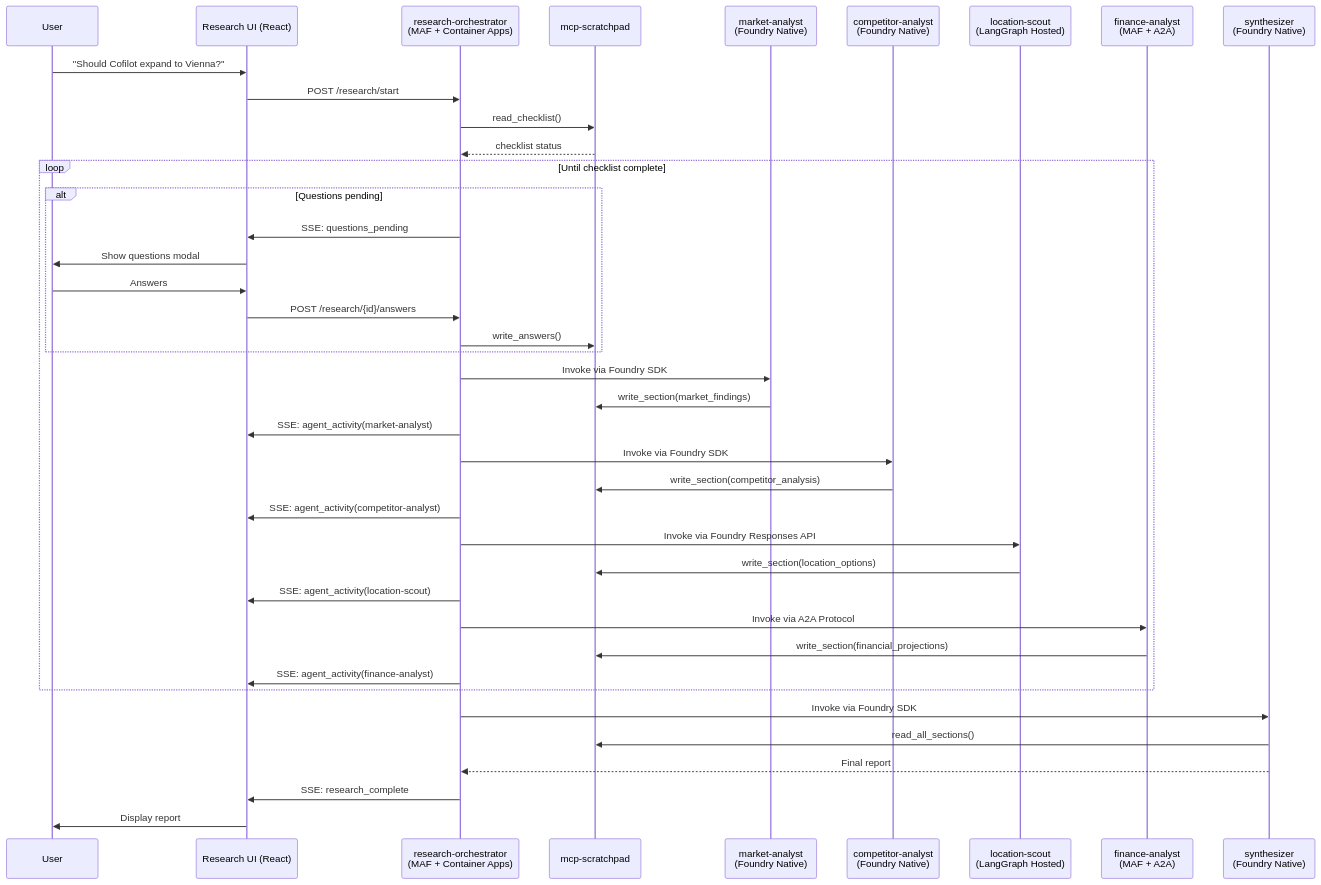
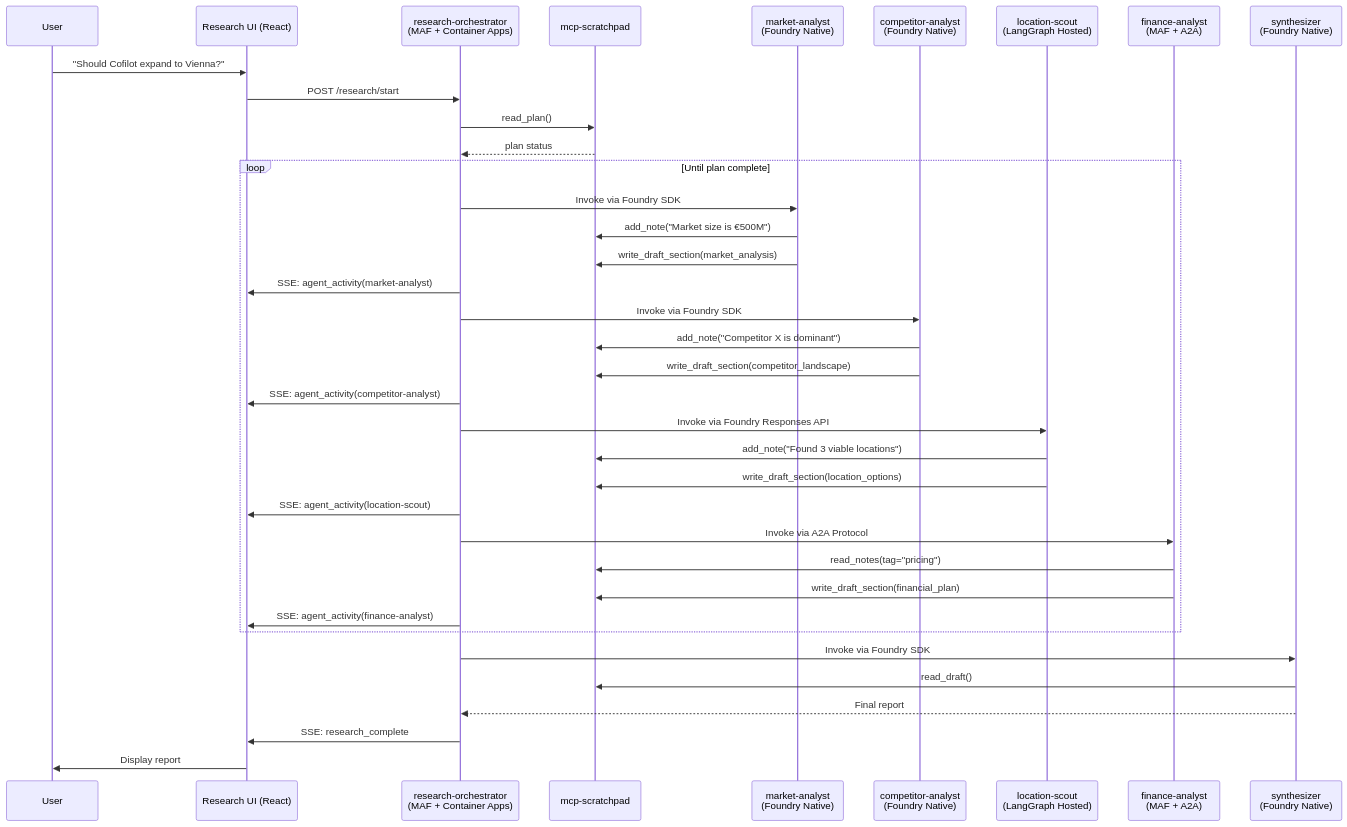
The third of 4 diagrams in specs/platform/ARCHITECTURE.md (cloud-ai-summit-cz/ai), drawn with Mermaid before and after one commit. The commit also changed other lines of this file and 15 other files, not shown here.

````diff
--- a/specs/platform/ARCHITECTURE.md
+++ b/specs/platform/ARCHITECTURE.md
@@ -221,50 +221,46 @@
 ```mermaid
 sequenceDiagram
     participant User
     participant UI as Research UI (React)
     participant Orch as research-orchestrator<br/>(MAF + Container Apps)
     participant SP as mcp-scratchpad
     participant MA as market-analyst<br/>(Foundry Native)
     participant CA as competitor-analyst<br/>(Foundry Native)
     participant LS as location-scout<br/>(LangGraph Hosted)
     participant FA as finance-analyst<br/>(MAF + A2A)
     participant SY as synthesizer<br/>(Foundry Native)
 
     User->>UI: "Should Cofilot expand to Vienna?"
     UI->>Orch: POST /research/start
     
-    Orch->>SP: read_checklist()
-    SP-->>Orch: checklist status
+    Orch->>SP: read_plan()
+    SP-->>Orch: plan status
     
-    loop Until checklist complete
-        alt Questions pending
-            Orch->>UI: SSE: questions_pending
-            UI->>User: Show questions modal
-            User->>UI: Answers
-            UI->>Orch: POST /research/{id}/answers
-            Orch->>SP: write_answers()
-        end
-        
+    loop Until plan complete
         Orch->>MA: Invoke via Foundry SDK
-        MA->>SP: write_section(market_findings)
+        MA->>SP: add_note("Market size is €500M")
+        MA->>SP: write_draft_section(market_analysis)
         Orch->>UI: SSE: agent_activity(market-analyst)
         
         Orch->>CA: Invoke via Foundry SDK
-        CA->>SP: write_section(competitor_analysis)
+        CA->>SP: add_note("Competitor X is dominant")
+        CA->>SP: write_draft_section(competitor_landscape)
         Orch->>UI: SSE: agent_activity(competitor-analyst)
         
         Orch->>LS: Invoke via Foundry Responses API
-        LS->>SP: write_section(location_options)
+        LS->>SP: add_note("Found 3 viable locations")
+        LS->>SP: write_draft_section(location_options)
         Orch->>UI: SSE: agent_activity(location-scout)
         
         Orch->>FA: Invoke via A2A Protocol
-        FA->>SP: write_section(financial_projections)
+        FA->>SP: read_notes(tag="pricing")
+        FA->>SP: write_draft_section(financial_plan)
         Orch->>UI: SSE: agent_activity(finance-analyst)
     end
     
     Orch->>SY: Invoke via Foundry SDK
-    SY->>SP: read_all_sections()
+    SY->>SP: read_draft()
     SY-->>Orch: Final report
     Orch->>UI: SSE: research_complete
     UI->>User: Display report
 ```
````
